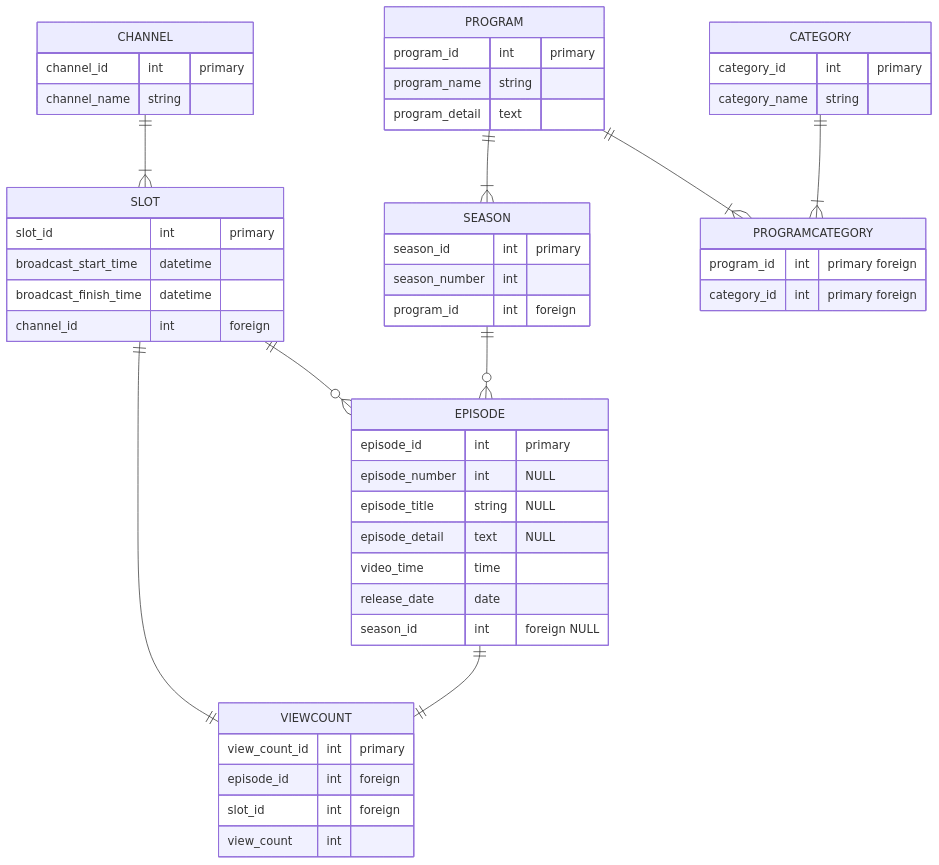
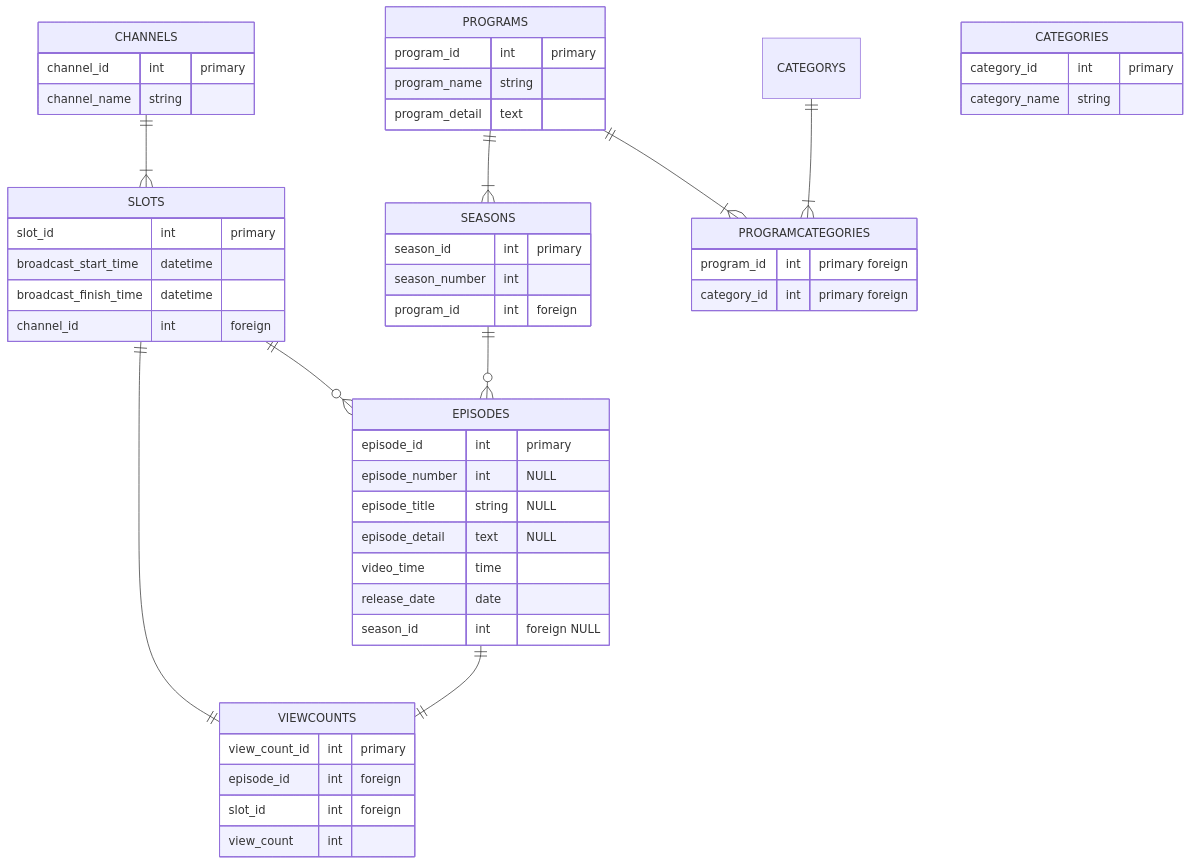
One commit to peterdo415/abema_db changed the diagram in abema_db_table.md. Above: the diagram before and after it, drawn with Mermaid.

Commit message:
メイン変更、修正

````diff
--- a/abema_db_table.md
+++ b/abema_db_table.md
@@ -3,59 +3,59 @@
 ```mermaid
 
 erDiagram
- CHANNEL ||--|{ SLOT : ""
- SLOT ||--o{ EPISODE : ""
- PROGRAM ||--|{ SEASON : ""
- SEASON ||--o{ EPISODE : ""
- PROGRAM ||--|{ PROGRAMCATEGORY : ""
- CATEGORY ||--|{ PROGRAMCATEGORY : ""
- SLOT ||--|| VIEWCOUNT : ""
- EPISODE ||--|| VIEWCOUNT : ""
+ CHANNELS ||--|{ SLOTS : ""
+ SLOTS ||--o{ EPISODES : ""
+ PROGRAMS ||--|{ SEASONS : ""
+ SEASONS ||--o{ EPISODES : ""
+ PROGRAMS ||--|{ PROGRAMCATEGORIES : ""
+ CATEGORYS ||--|{ PROGRAMCATEGORIES : ""
+ SLOTS ||--|| VIEWCOUNTS : ""
+ EPISODES ||--|| VIEWCOUNTS : ""
 
- CHANNEL {
+ CHANNELS {
  channel_id int "primary"
  channel_name string 
  }
 
- SLOT {
+ SLOTS {
  slot_id int "primary"
  broadcast_start_time datetime
  broadcast_finish_time datetime
  channel_id int "foreign"
  }
- PROGRAM {
+ PROGRAMS {
  program_id int "primary"
  program_name string
  program_detail text
  }
- SEASON {
+ SEASONS {
  season_id int "primary"
  season_number int
  program_id int "foreign"
  }
- EPISODE {
+ EPISODES {
  episode_id int "primary"
  episode_number int "NULL"
  episode_title string "NULL"
  episode_detail text "NULL"
  video_time time
  release_date date
  season_id int "foreign NULL"
  }
- VIEWCOUNT {
+ VIEWCOUNTS {
  view_count_id int "primary"
  episode_id int "foreign"
  slot_id int "foreign"
  view_count int
  }
- CATEGORY {
+ CATEGORIES {
  category_id int "primary"
  category_name string
  }
  
- PROGRAMCATEGORY {
+ PROGRAMCATEGORIES {
  program_id int "primary foreign"
  category_id int "primary foreign"
  }
 
 ```
````
